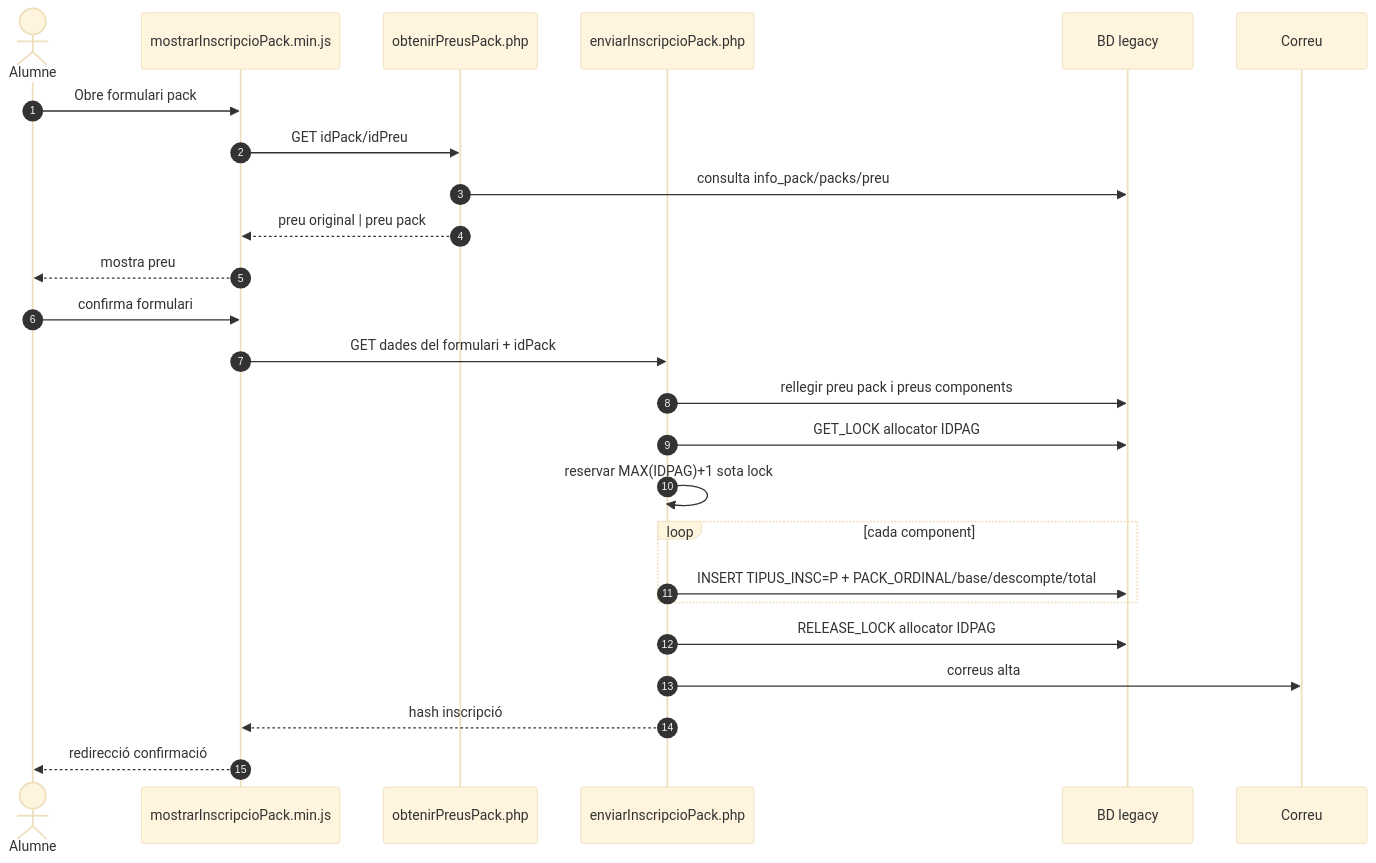
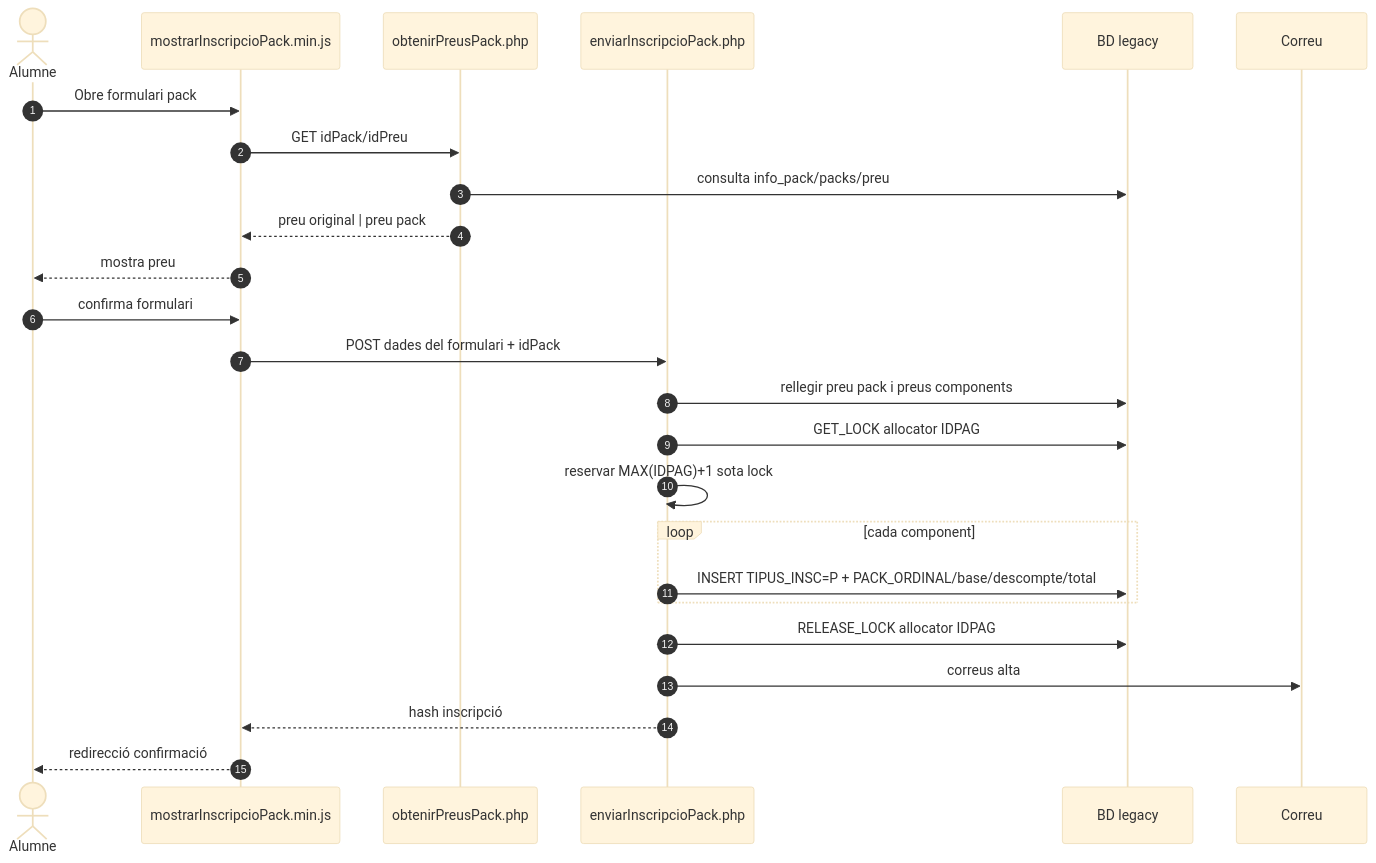
The first of 5 diagrams in documentacio/07-uml-integrat/uc-015-sequencies-actual-final.md (orgmeriemprismacat-del/verifactu), drawn with Mermaid (base theme) before and after one commit. The commit also changed other lines of this file, not shown here.

Commit message:
docs(UC-015): actualitzar sequencia d alta a POST

````diff
--- a/documentacio/07-uml-integrat/uc-015-sequencies-actual-final.md
+++ b/documentacio/07-uml-integrat/uc-015-sequencies-actual-final.md
@@ -7,28 +7,28 @@
 ```mermaid
 sequenceDiagram
 autonumber
 actor U as Alumne
 participant JS as mostrarInscripcioPack.min.js
 participant Price as obtenirPreusPack.php
 participant Alta as enviarInscripcioPack.php
 participant DB as BD legacy
 participant Mail as Correu
 
 U->>JS: Obre formulari pack
 JS->>Price: GET idPack/idPreu
 Price->>DB: consulta info_pack/packs/preu
 Price-->>JS: preu original | preu pack
 JS-->>U: mostra preu
 U->>JS: confirma formulari
-JS->>Alta: GET dades del formulari + idPack
+JS->>Alta: POST dades del formulari + idPack
 Alta->>DB: rellegir preu pack i preus components
 Alta->>DB: GET_LOCK allocator IDPAG
 Alta->>Alta: reservar MAX(IDPAG)+1 sota lock
 loop cada component
  Alta->>DB: INSERT TIPUS_INSC=P + PACK_ORDINAL/base/descompte/total
 end
 Alta->>DB: RELEASE_LOCK allocator IDPAG
 Alta->>Mail: correus alta
 Alta-->>JS: hash inscripció
 JS-->>U: redirecció confirmació
 ```
````
